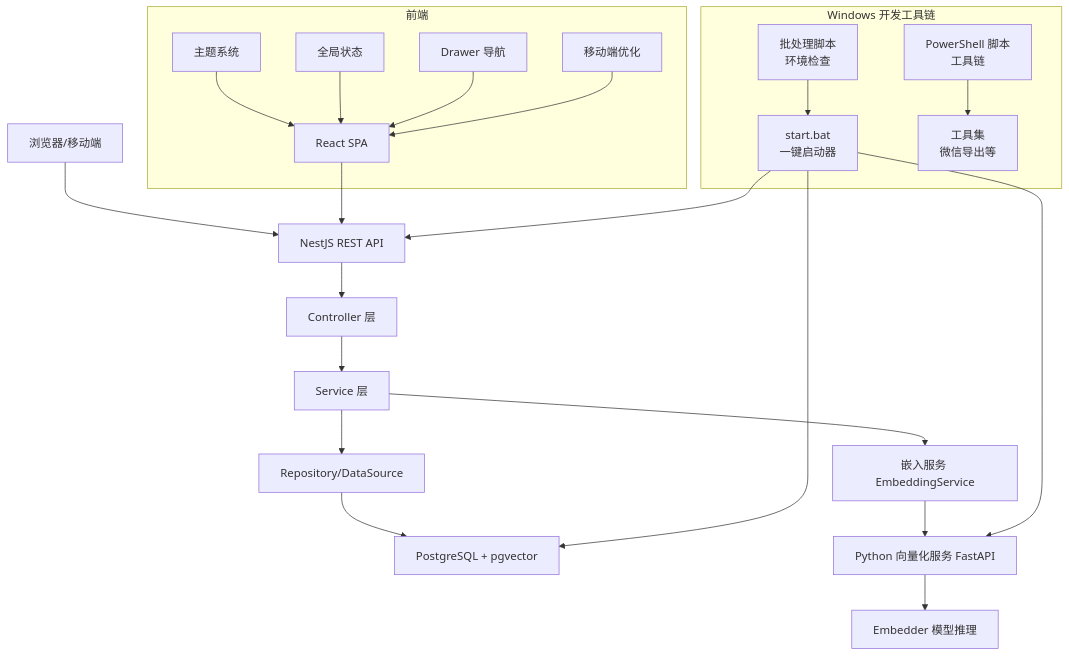
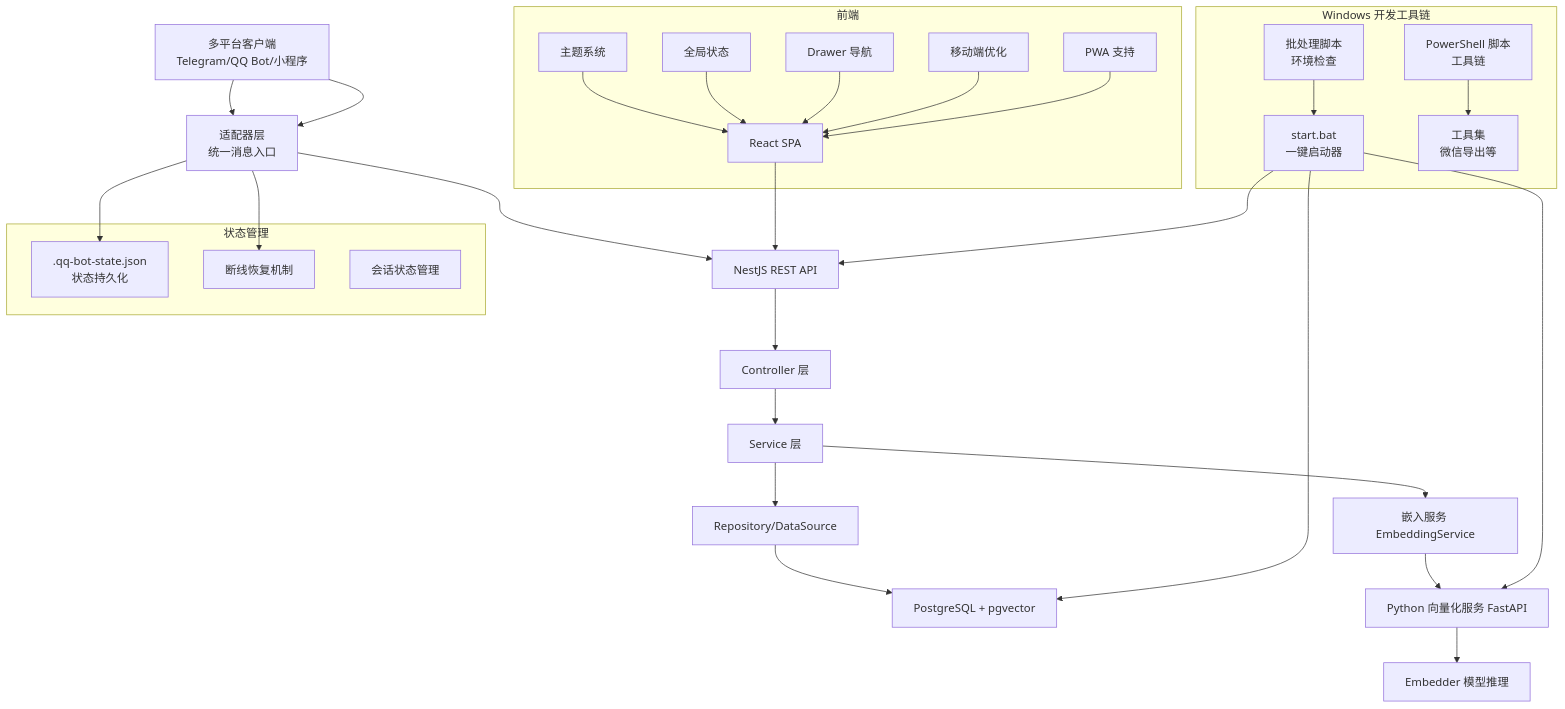
One commit to L1mingyoung/ex changed the second of 10 diagrams in .qoder/repowiki/zh/content/项目概述/学习笔记.md. Above: the diagram before and after it, drawn with Mermaid. The commit also changed other lines of this file and 17 other files, not shown here.

````diff
--- a/.qoder/repowiki/zh/content/项目概述/学习笔记.md
+++ b/.qoder/repowiki/zh/content/项目概述/学习笔记.md
@@ -172,34 +195,45 @@
 ```mermaid
 graph TB
-CLIENT["浏览器/移动端"] --> API["NestJS REST API"]
+CLIENT["多平台客户端<br/>Telegram/QQ Bot/小程序"] --> ADAPTERS["适配器层<br/>统一消息入口"]
+ADAPTERS --> API["NestJS REST API"]
 API --> CTRL["Controller 层"]
 CTRL --> SVC["Service 层"]
 SVC --> REPO["Repository/DataSource"]
 REPO --> DB["PostgreSQL + pgvector"]
 SVC --> EMB["嵌入服务 EmbeddingService"]
 EMB --> PY["Python 向量化服务 FastAPI"]
 PY --> EMB_MODEL["Embedder 模型推理"]
 subgraph "Windows 开发工具链"
 START["start.bat<br/>一键启动器"]
 BAT["批处理脚本<br/>环境检查"]
 PS["PowerShell 脚本<br/>工具链"]
 TOOLS["工具集<br/>微信导出等"]
 end
 subgraph "前端"
 WEB["React SPA"]
 THEME["主题系统"]
 CONTEXT["全局状态"]
 DRAWER["Drawer 导航"]
 MOBILE["移动端优化"]
+END_WEB["PWA 支持"]
 end
+subgraph "状态管理"
+STATE[".qq-bot-state.json<br/>状态持久化"]
+RESUME["断线恢复机制"]
+END_STATE["会话状态管理"]
+end
+CLIENT --> ADAPTERS
+ADAPTERS --> STATE
+ADAPTERS --> RESUME
 WEB --> API
 START --> API
 START --> PY
 START --> DB
 BAT --> START
 PS --> TOOLS
 THEME --> WEB
 CONTEXT --> WEB
 DRAWER --> WEB
 MOBILE --> WEB
+END_WEB --> WEB
 ```
````
